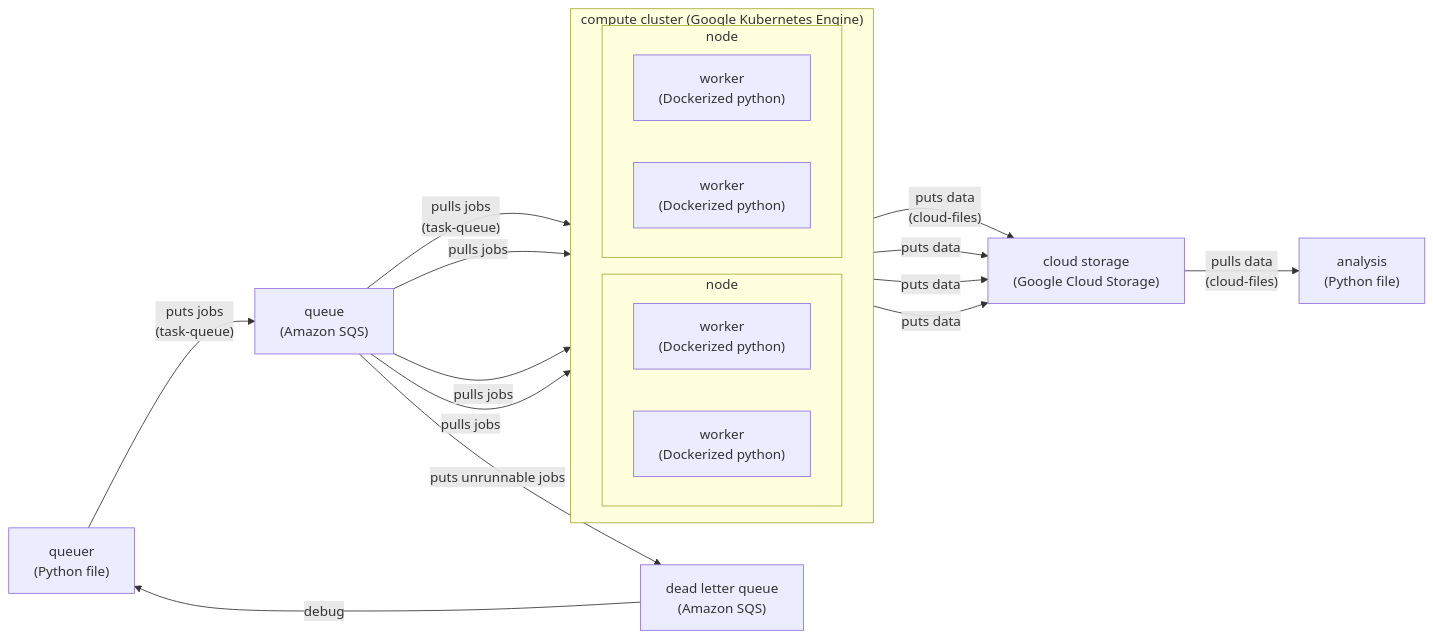
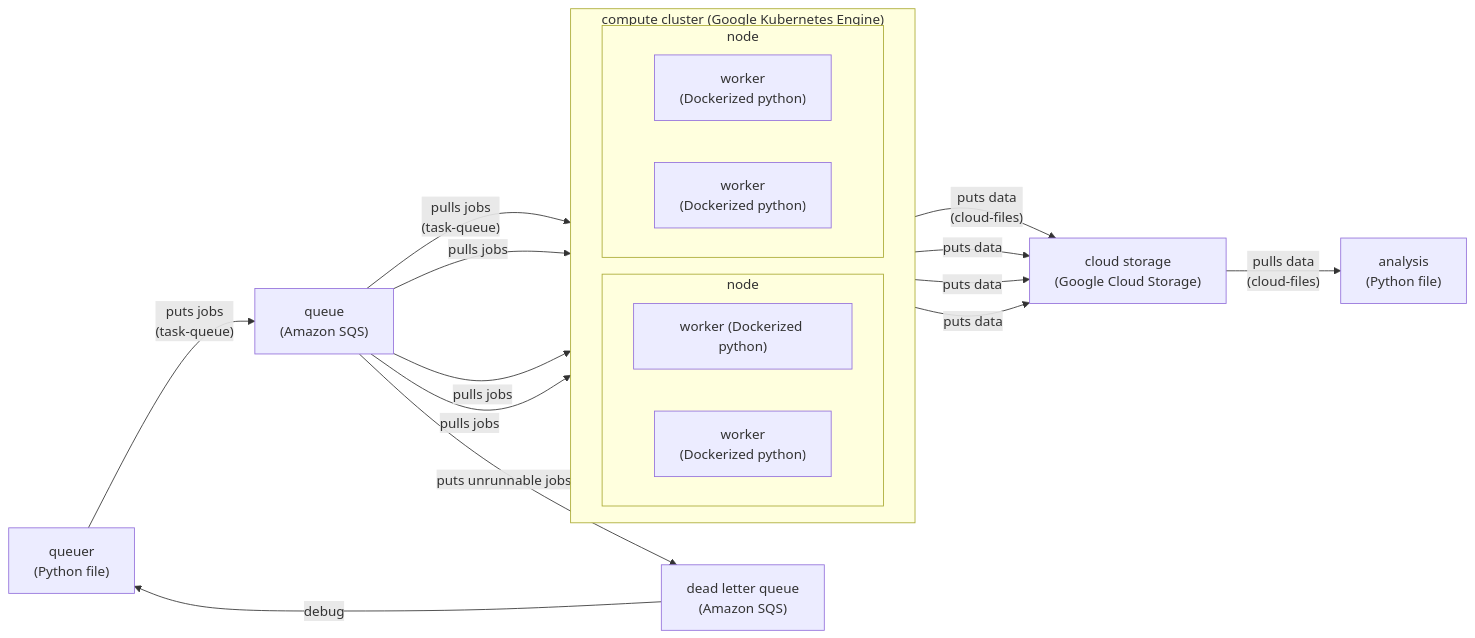
Before and after one commit to bdpedigo/cloud-workflow-docs: the diagram in README.md, drawn with Mermaid.

````diff
--- a/README.md
+++ b/README.md
@@ -14,45 +14,45 @@
 ```mermaid
 flowchart LR
     queuer["queuer\n(Python file)"]
 
     queue["queue\n(Amazon SQS)"]
     click queue "https://aws.amazon.com/sqs/" "Amazon SQS"
 
     deadletter["dead letter queue\n(Amazon SQS)"]
     click deadletter "https://en.wikipedia.org/wiki/Dead_letter_queue" "Dead letter queue"
 
-    worker1["worker\n(Dockerized python)"]
+    worker1["worker (Dockerized python)"]
     worker2["worker\n(Dockerized python)"]
     worker3["worker\n(Dockerized python)"]
     worker4["worker\n(Dockerized python)"]
 
     storage["cloud storage\n(Google Cloud Storage)"]
     click storage "https://cloud.google.com/storage" "Google Cloud Storage"
 
     analysis["analysis\n(Python file)"]
 
     subgraph compute ["compute cluster (Google Kubernetes Engine)"]
         direction LR
         subgraph node1[node]
             worker1
             worker2
         end
         subgraph node2[node]
             worker3
             worker4
         end
     end
 
     queuer -- "puts jobs\n(task-queue)" --> queue
     queue -- "puts unrunnable jobs" --> deadletter
     deadletter -- "debug" --> queuer
     queue -- "pulls jobs\n(task-queue)" --> worker1
     queue -- "pulls jobs" --> worker2
     queue -- "pulls jobs" --> worker3
     queue -- "pulls jobs" --> worker4
     worker1 -- "puts data\n(cloud-files)" --> storage
     worker2 -- "puts data" --> storage
     worker3 -- "puts data" --> storage
     worker4 -- "puts data" --> storage
     storage -- "pulls data\n(cloud-files)" --> analysis
 ```
````
